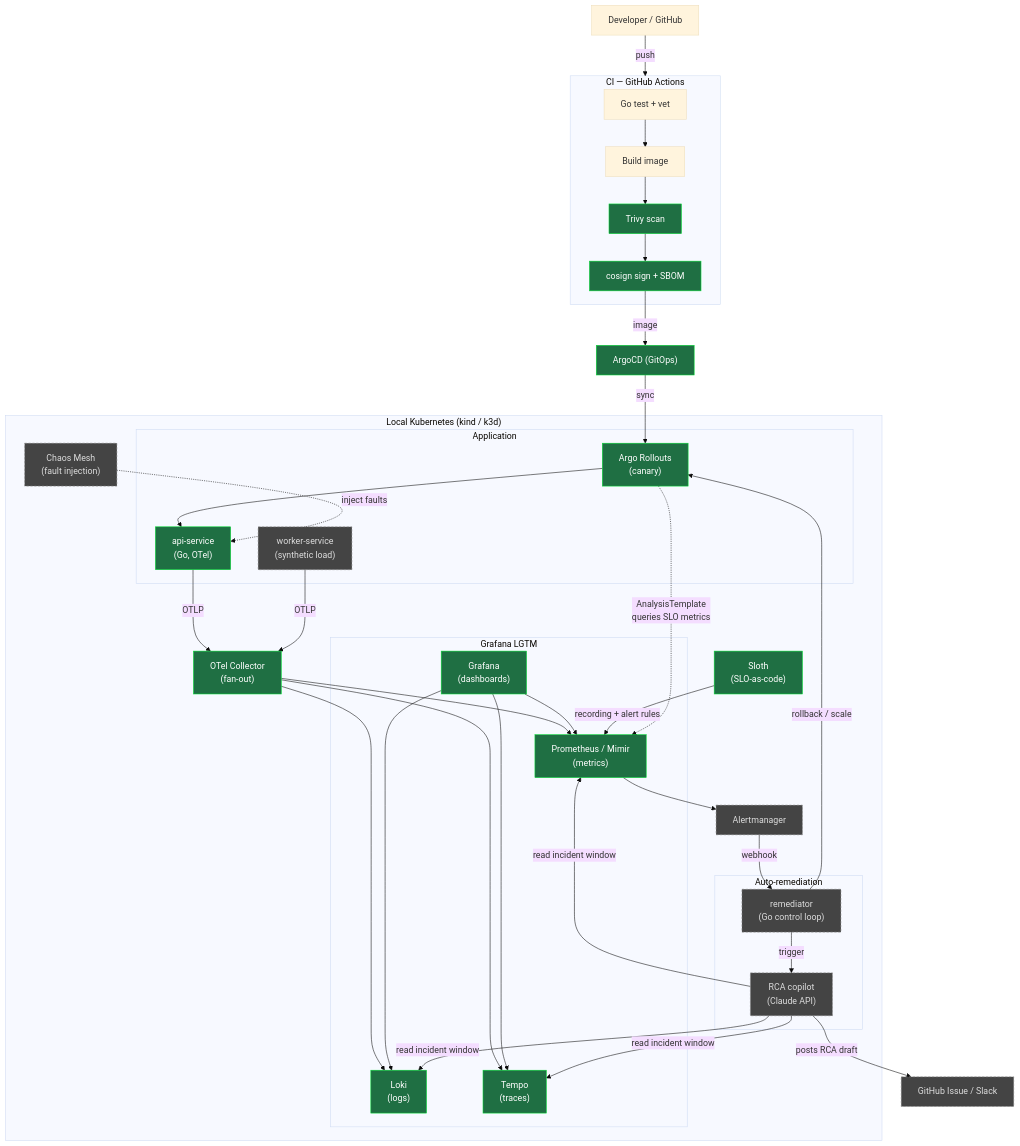
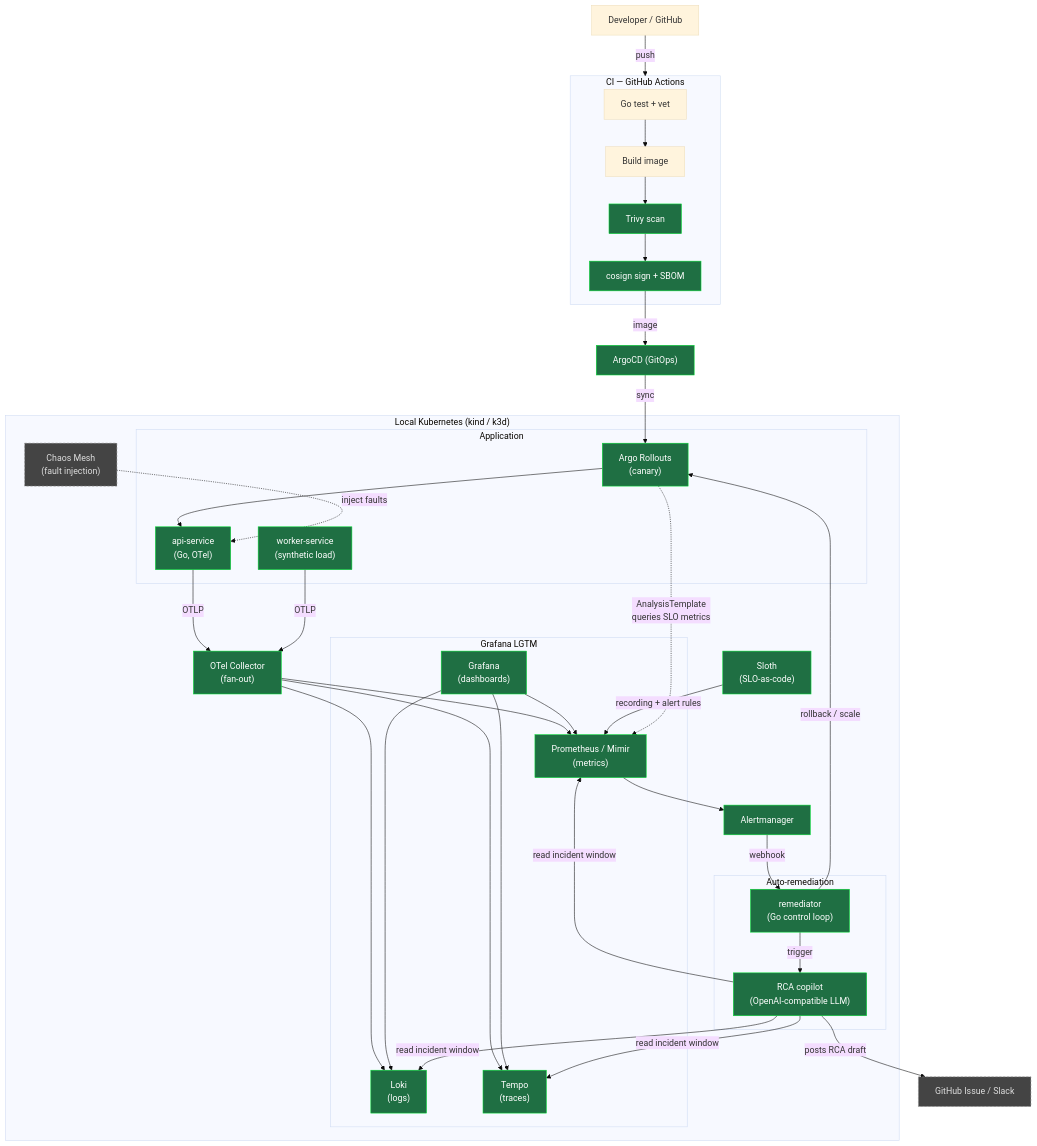
Before and after one commit to tomjga/OmniObserve: the first of 2 diagrams in README.md, drawn with Mermaid (base theme). The commit also changed other lines of this file and 2 other files, not shown here.

````diff
--- a/README.md
+++ b/README.md
@@ -18,58 +18,58 @@
 ```mermaid
 flowchart TB
     dev["Developer / GitHub"] -->|push| ci
 
     subgraph ci["CI — GitHub Actions"]
         test["Go test + vet"] --> build["Build image"]
         build --> scan["Trivy scan"] --> sign["cosign sign + SBOM"]
     end
 
     sign -->|image| argocd["ArgoCD (GitOps)"]
     argocd -->|sync| rollout
 
     subgraph cluster["Local Kubernetes (kind / k3d)"]
         subgraph app["Application"]
             rollout["Argo Rollouts<br/>(canary)"] --> api["api-service<br/>(Go, OTel)"]
             worker["worker-service<br/>(synthetic load)"]
         end
 
         chaos["Chaos Mesh<br/>(fault injection)"] -.->|inject faults| api
 
         api -->|OTLP| otelcol["OTel Collector<br/>(fan-out)"]
         worker -->|OTLP| otelcol
 
         subgraph lgtm["Grafana LGTM"]
             prom["Prometheus / Mimir<br/>(metrics)"]
             loki["Loki<br/>(logs)"]
             tempo["Tempo<br/>(traces)"]
             grafana["Grafana<br/>(dashboards)"]
         end
 
         otelcol --> prom
         otelcol --> loki
         otelcol --> tempo
         grafana --> prom & loki & tempo
 
         sloth["Sloth<br/>(SLO-as-code)"] -->|recording + alert rules| prom
         prom --> am["Alertmanager"]
 
         rollout -. "AnalysisTemplate<br/>queries SLO metrics" .-> prom
 
         subgraph control["Auto-remediation"]
             remediator["remediator<br/>(Go control loop)"]
-            rca["RCA copilot<br/>(Claude API)"]
+            rca["RCA copilot<br/>(OpenAI-compatible LLM)"]
         end
 
         am -->|webhook| remediator
         remediator -->|rollback / scale| rollout
         remediator -->|trigger| rca
         rca -->|read incident window| loki & tempo & prom
     end
 
     rca -->|posts RCA draft| issue["GitHub Issue / Slack"]
 
     classDef done fill:#1f6f43,stroke:#0d3,color:#fff;
     classDef plan fill:#444,stroke:#888,color:#ddd,stroke-dasharray:4 3;
-    class api,prom,loki,tempo,grafana,otelcol,argocd,sloth,scan,sign,rollout done;
-    class worker,chaos,am,remediator,rca,issue plan;
+    class api,prom,loki,tempo,grafana,otelcol,argocd,sloth,scan,sign,rollout,am,remediator,rca,worker done;
+    class chaos,issue plan;
 ```
````
